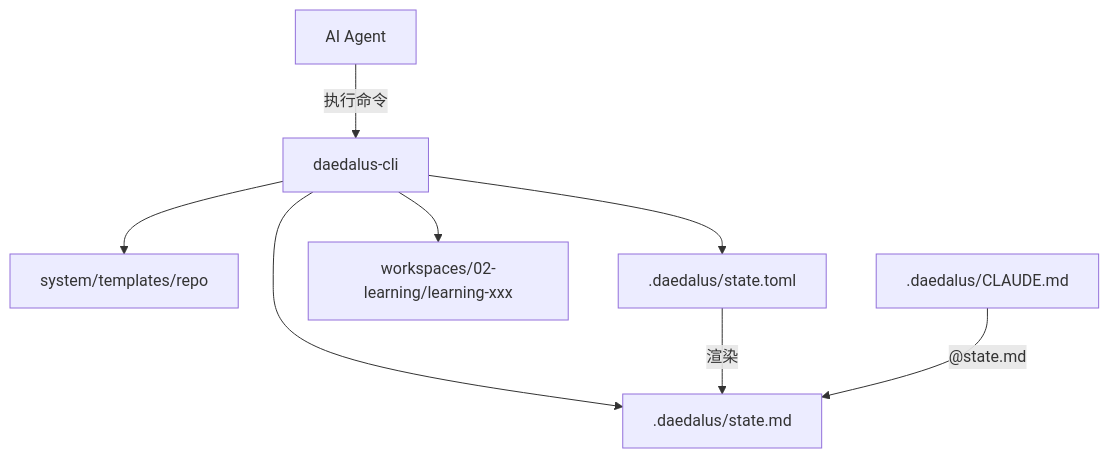
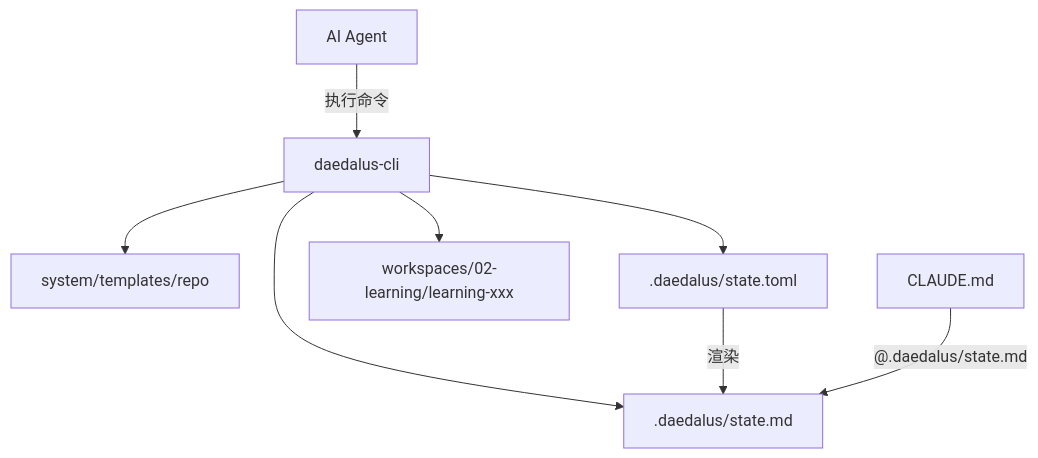
One commit to hedon954/daedalus changed the diagram in .cursor/plans/daedalus-cli_91f82951.plan.md. Above: the diagram before and after it, drawn with Mermaid. The commit also changed other lines of this file and 32 other files, not shown here.

````diff
--- a/.cursor/plans/daedalus-cli_91f82951.plan.md
+++ b/.cursor/plans/daedalus-cli_91f82951.plan.md
@@ -37,10 +37,10 @@
 ```mermaid
 flowchart TD
     Agent[AI Agent] -->|"执行命令"| CLI[daedalus-cli]
     CLI --> Templates[system/templates/repo]
     CLI --> StateToml[.daedalus/state.toml]
     CLI --> StateMd[.daedalus/state.md]
     CLI --> Workspace[workspaces/02-learning/learning-xxx]
     StateToml -->|"渲染"| StateMd
-    Claude[.daedalus/CLAUDE.md] -->|"@state.md"| StateMd
+    Claude[CLAUDE.md] -->|"@.daedalus/state.md"| StateMd
 ```
````
